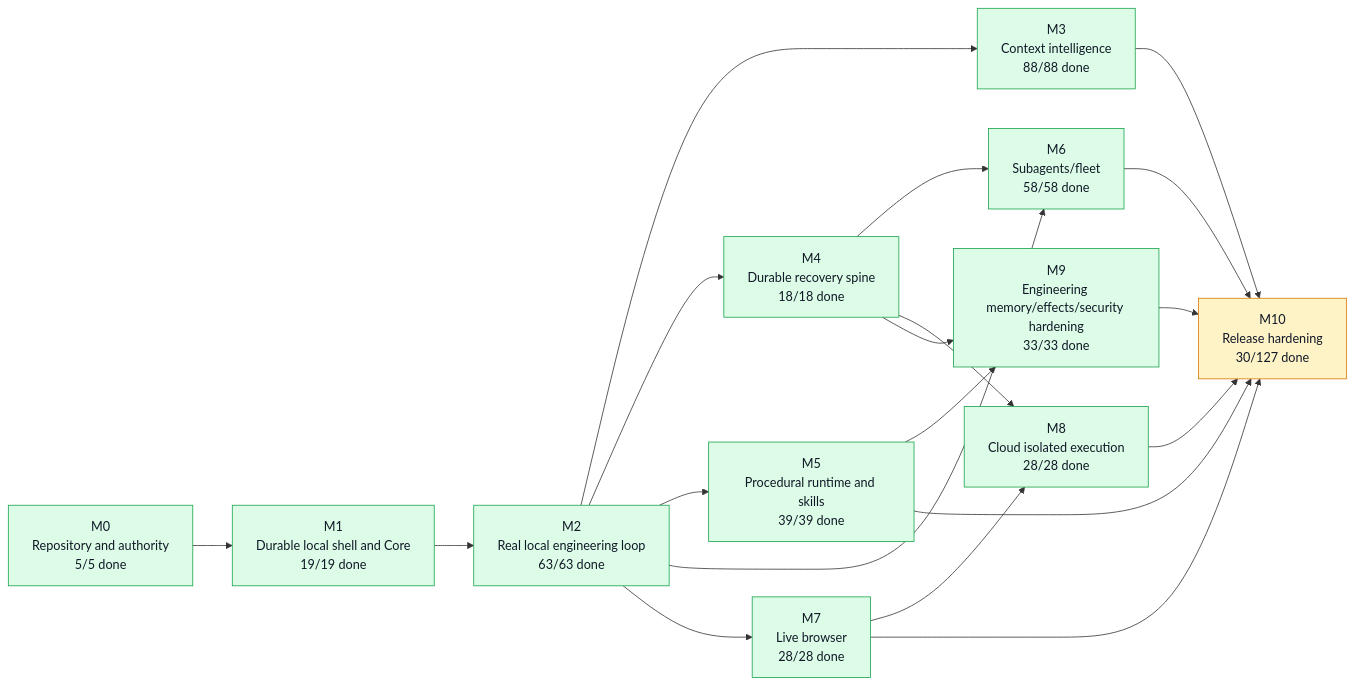
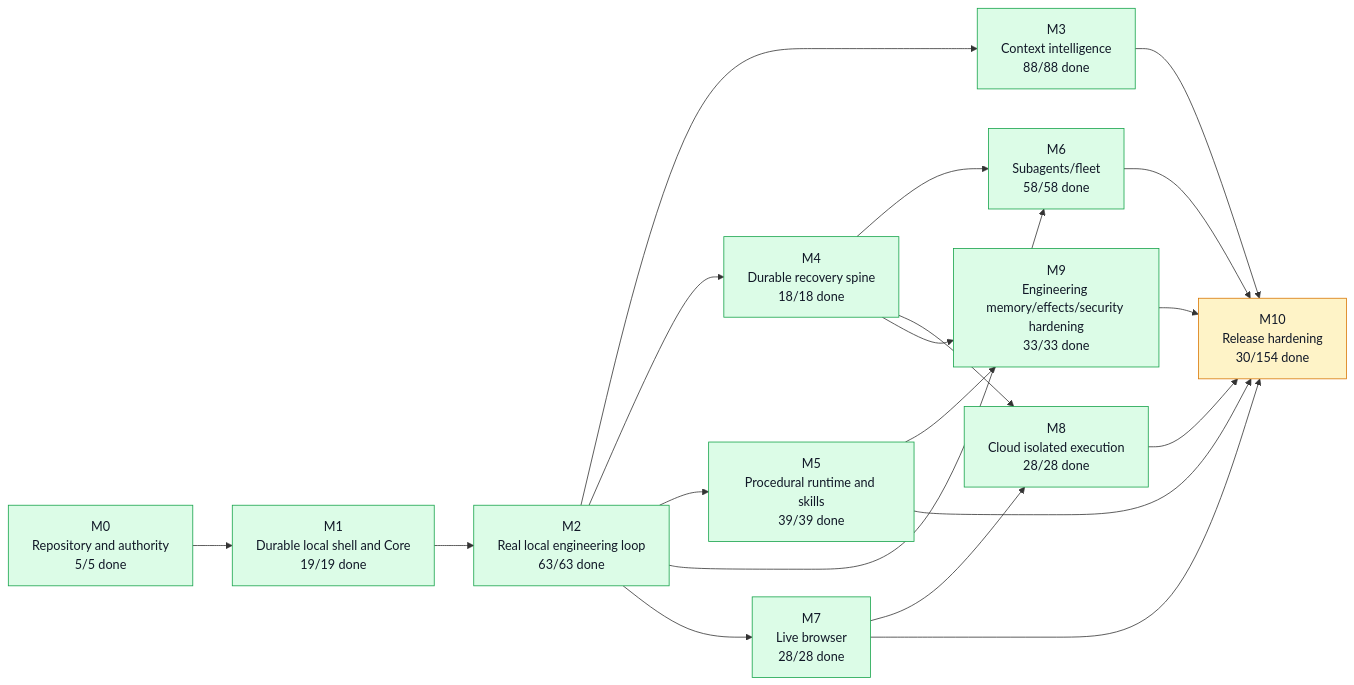
The first of 5 diagrams in graph/PROJECT_GRAPH.md (moss101/modbit), drawn with Mermaid before and after one commit. The commit also changed other lines of this file and 12 other files, not shown here.

````diff
--- a/graph/PROJECT_GRAPH.md
+++ b/graph/PROJECT_GRAPH.md
@@ -57,43 +57,43 @@
 ```mermaid
 flowchart LR
   M0["M0<br/>Repository and authority<br/>5/5 done"]
   M1["M1<br/>Durable local shell and Core<br/>19/19 done"]
   M2["M2<br/>Real local engineering loop<br/>63/63 done"]
   M3["M3<br/>Context intelligence<br/>88/88 done"]
   M4["M4<br/>Durable recovery spine<br/>18/18 done"]
   M5["M5<br/>Procedural runtime and skills<br/>39/39 done"]
   M6["M6<br/>Subagents/fleet<br/>58/58 done"]
   M7["M7<br/>Live browser<br/>28/28 done"]
   M8["M8<br/>Cloud isolated execution<br/>28/28 done"]
   M9["M9<br/>Engineering memory/effects/security hardening<br/>33/33 done"]
-  M10["M10<br/>Release hardening<br/>30/127 done"]
+  M10["M10<br/>Release hardening<br/>30/154 done"]
   M0 --> M1
   M1 --> M2
   M2 --> M3
   M2 --> M4
   M2 --> M5
   M2 --> M6
   M4 --> M6
   M2 --> M7
   M4 --> M8
   M7 --> M8
   M4 --> M9
   M5 --> M9
   M3 --> M10
   M5 --> M10
   M6 --> M10
   M7 --> M10
   M8 --> M10
   M9 --> M10
   style M0 fill:#dcfce7,stroke:#16a34a,color:#111827
   style M1 fill:#dcfce7,stroke:#16a34a,color:#111827
   style M2 fill:#dcfce7,stroke:#16a34a,color:#111827
   style M3 fill:#dcfce7,stroke:#16a34a,color:#111827
   style M4 fill:#dcfce7,stroke:#16a34a,color:#111827
   style M5 fill:#dcfce7,stroke:#16a34a,color:#111827
   style M6 fill:#dcfce7,stroke:#16a34a,color:#111827
   style M7 fill:#dcfce7,stroke:#16a34a,color:#111827
   style M8 fill:#dcfce7,stroke:#16a34a,color:#111827
   style M9 fill:#dcfce7,stroke:#16a34a,color:#111827
   style M10 fill:#fef3c7,stroke:#d97706,color:#111827
 ```
````
